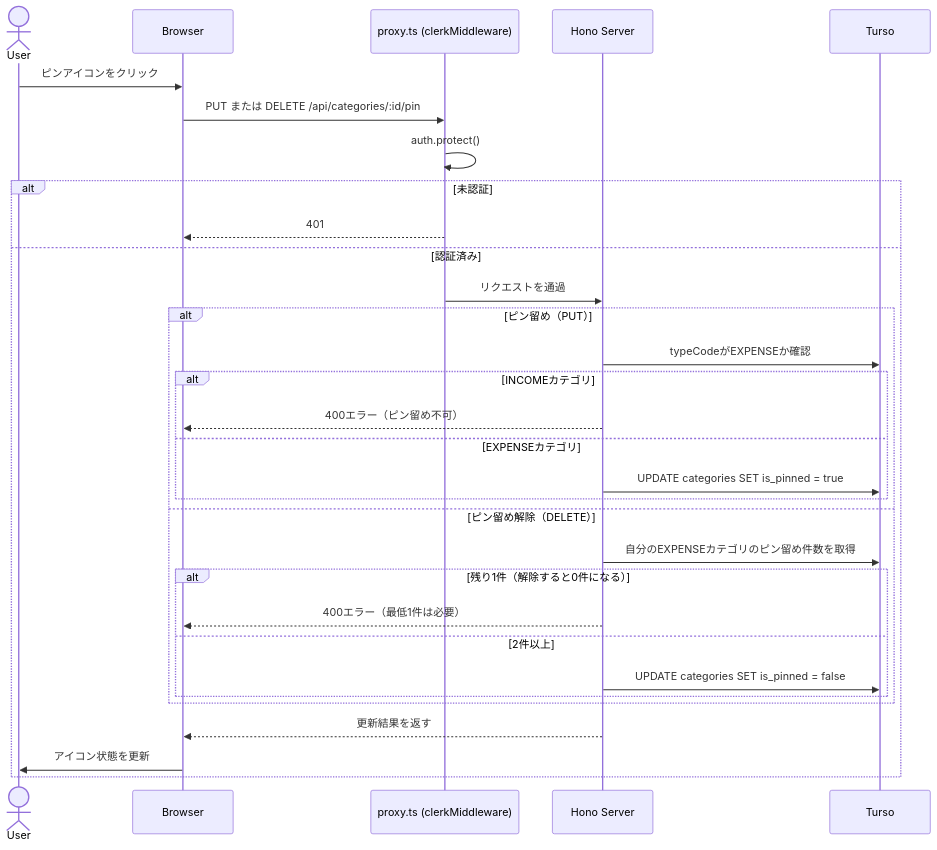
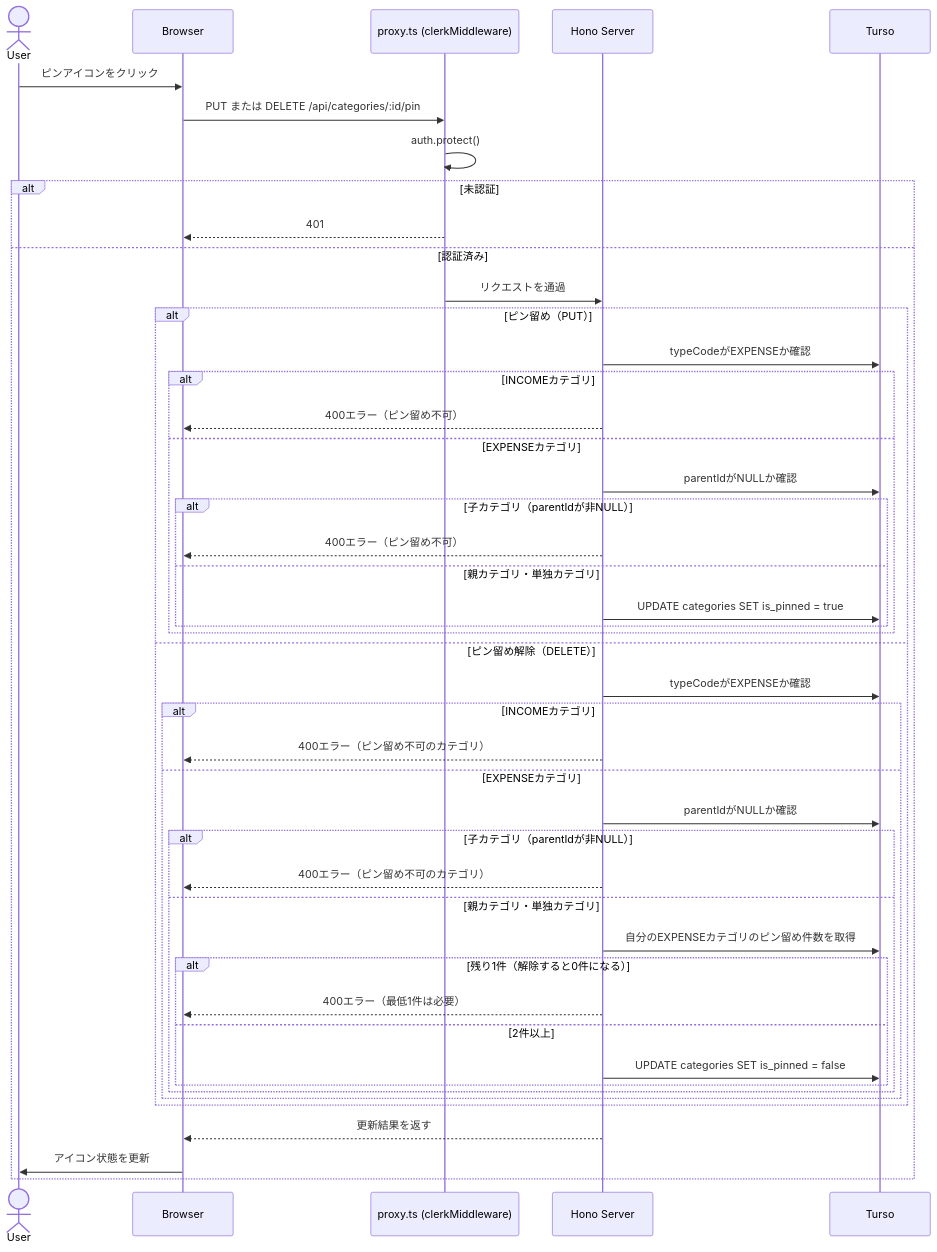
One commit to toshiki-s1892/my-kakeibo-app changed the seventh of 7 diagrams in docs/specs/features/categories.md. Above: the diagram before and after it, drawn with Mermaid. The commit also changed other lines of this file and 32 other files, not shown here.

````diff
--- a/docs/specs/features/categories.md
+++ b/docs/specs/features/categories.md
@@ -281,34 +291,49 @@
 ```mermaid
 sequenceDiagram
     actor User
     participant Browser
     participant Proxy as proxy.ts (clerkMiddleware)
     participant Server as Hono Server
     participant DB as Turso
 
     User->>Browser: ピンアイコンをクリック
     Browser->>Proxy: PUT または DELETE /api/categories/:id/pin
     Proxy->>Proxy: auth.protect()
     alt 未認証
         Proxy-->>Browser: 401
     else 認証済み
         Proxy->>Server: リクエストを通過
         alt ピン留め（PUT）
             Server->>DB: typeCodeがEXPENSEか確認
             alt INCOMEカテゴリ
                 Server-->>Browser: 400エラー（ピン留め不可）
             else EXPENSEカテゴリ
-                Server->>DB: UPDATE categories SET is_pinned = true
+                Server->>DB: parentIdがNULLか確認
+                alt 子カテゴリ（parentIdが非NULL）
+                    Server-->>Browser: 400エラー（ピン留め不可）
+                else 親カテゴリ・単独カテゴリ
+                    Server->>DB: UPDATE categories SET is_pinned = true
+                end
             end
         else ピン留め解除（DELETE）
-            Server->>DB: 自分のEXPENSEカテゴリのピン留め件数を取得
-            alt 残り1件（解除すると0件になる）
-                Server-->>Browser: 400エラー（最低1件は必要）
-            else 2件以上
-                Server->>DB: UPDATE categories SET is_pinned = false
+            Server->>DB: typeCodeがEXPENSEか確認
+            alt INCOMEカテゴリ
+                Server-->>Browser: 400エラー（ピン留め不可のカテゴリ）
+            else EXPENSEカテゴリ
+                Server->>DB: parentIdがNULLか確認
+                alt 子カテゴリ（parentIdが非NULL）
+                    Server-->>Browser: 400エラー（ピン留め不可のカテゴリ）
+                else 親カテゴリ・単独カテゴリ
+                    Server->>DB: 自分のEXPENSEカテゴリのピン留め件数を取得
+                    alt 残り1件（解除すると0件になる）
+                        Server-->>Browser: 400エラー（最低1件は必要）
+                    else 2件以上
+                        Server->>DB: UPDATE categories SET is_pinned = false
+                    end
+                end
             end
         end
         Server-->>Browser: 更新結果を返す
         Browser->>User: アイコン状態を更新
     end
 ```
````
